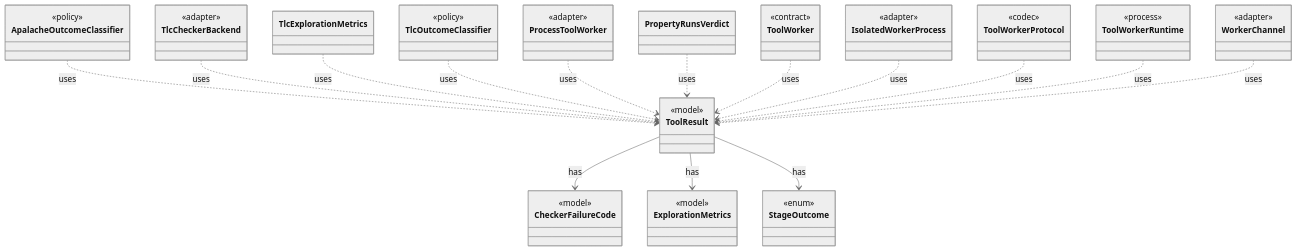
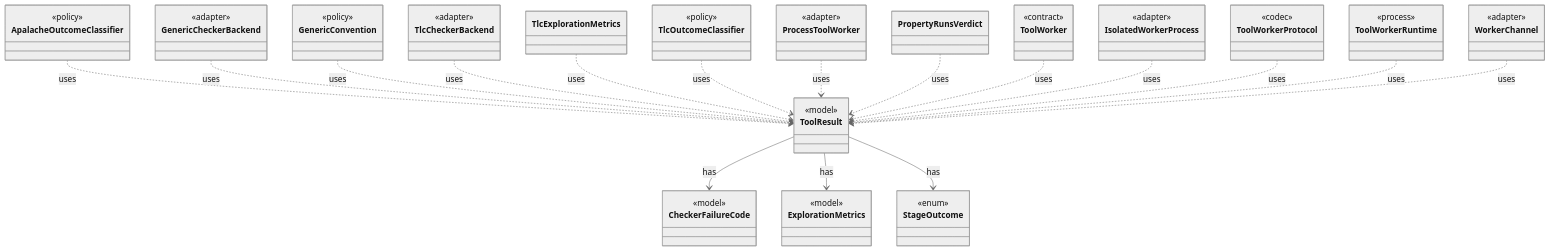
Before and after one commit to tlaplus/model-checker-hardening: the diagram in dev/types/io.github.tlaplus.hardening.workflow.worker.ToolResult.md, drawn with Mermaid (neutral theme). The commit also changed other lines of this file and 422 other files, not shown here.

````diff
--- a/dev/types/io.github.tlaplus.hardening.workflow.worker.ToolResult.md
+++ b/dev/types/io.github.tlaplus.hardening.workflow.worker.ToolResult.md
@@ -7,58 +7,66 @@
 ```mermaid
 classDiagram
   class ToolResult {
     <<model>>
   }
   class CheckerFailureCode {
     <<model>>
   }
   class ExplorationMetrics {
     <<model>>
   }
   class StageOutcome {
     <<enum>>
   }
   class ApalacheOutcomeClassifier {
+    <<policy>>
+  }
+  class GenericCheckerBackend {
+    <<adapter>>
+  }
+  class GenericConvention {
     <<policy>>
   }
   class TlcCheckerBackend {
     <<adapter>>
   }
   class TlcExplorationMetrics
   class TlcOutcomeClassifier {
     <<policy>>
   }
   class ProcessToolWorker {
     <<adapter>>
   }
   class PropertyRunsVerdict
   class ToolWorker {
     <<contract>>
   }
   class IsolatedWorkerProcess {
     <<adapter>>
   }
   class ToolWorkerProtocol {
     <<codec>>
   }
   class ToolWorkerRuntime {
     <<process>>
   }
   class WorkerChannel {
     <<adapter>>
   }
   ToolResult --> CheckerFailureCode : has
   ToolResult --> ExplorationMetrics : has
   ToolResult --> StageOutcome : has
   ApalacheOutcomeClassifier ..> ToolResult : uses
+  GenericCheckerBackend ..> ToolResult : uses
+  GenericConvention ..> ToolResult : uses
   TlcCheckerBackend ..> ToolResult : uses
   TlcExplorationMetrics ..> ToolResult : uses
   TlcOutcomeClassifier ..> ToolResult : uses
   ProcessToolWorker ..> ToolResult : uses
   PropertyRunsVerdict ..> ToolResult : uses
   ToolWorker ..> ToolResult : uses
   IsolatedWorkerProcess ..> ToolResult : uses
   ToolWorkerProtocol ..> ToolResult : uses
   ToolWorkerRuntime ..> ToolResult : uses
   WorkerChannel ..> ToolResult : uses
 ```
````
